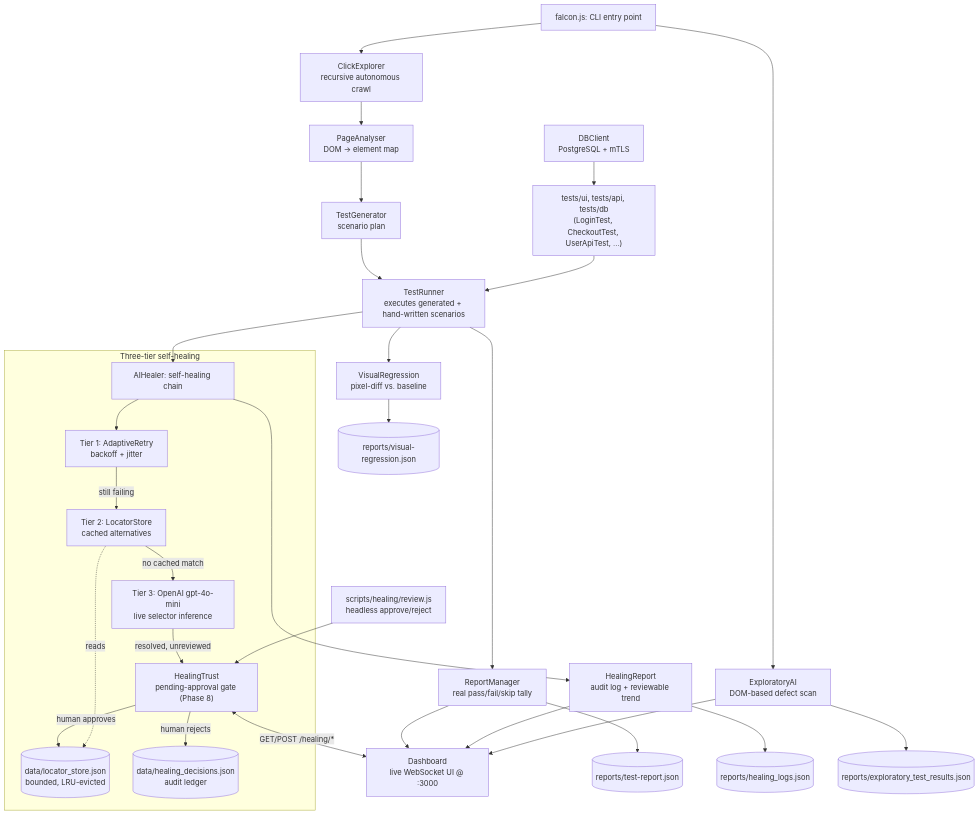
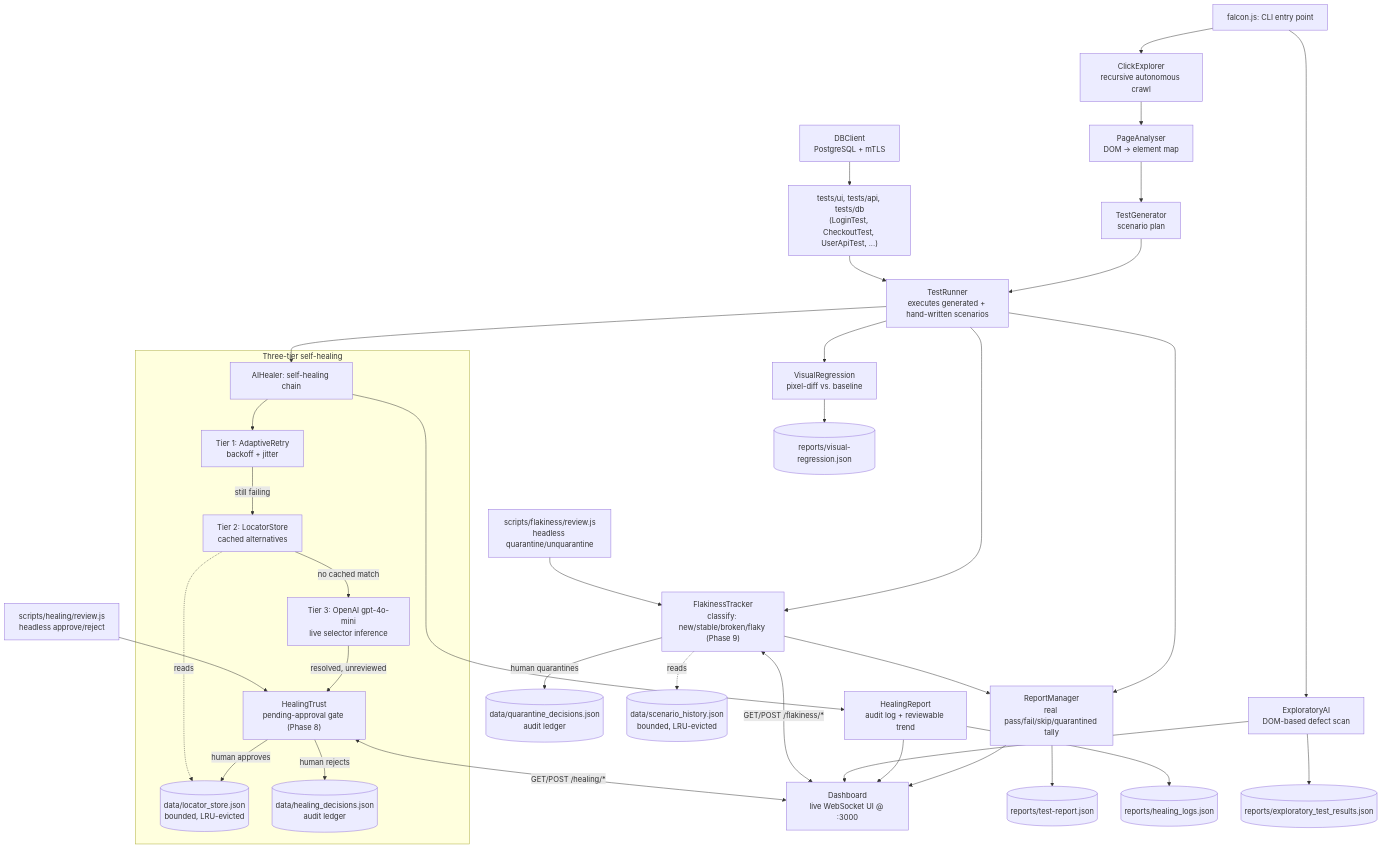
Before and after one commit to eddieir/Falcon-Automation: the diagram in README.md, drawn with Mermaid. The commit also changed other lines of this file and 17 other files, not shown here.

First line of the commit message:
feat: Phase 9 — flaky-test detection and quarantine

````diff
--- a/README.md
+++ b/README.md
@@ -238,38 +283,45 @@
 ```mermaid
 flowchart TD
     CLI["falcon.js: CLI entry point"] --> Explore["ExploratoryAI\nDOM-based defect scan"]
     CLI --> Crawl["ClickExplorer\nrecursive autonomous crawl"]
     Crawl --> Analyse["PageAnalyser\nDOM → element map"]
     Analyse --> Gen["TestGenerator\nscenario plan"]
     Gen --> Runner["TestRunner\nexecutes generated + hand-written scenarios"]
 
     Suite["tests/ui, tests/api, tests/db\n(LoginTest, CheckoutTest, UserApiTest, ...)"] --> Runner
 
     Runner --> Healer["AIHealer: self-healing chain"]
     subgraph Healing["Three-tier self-healing"]
         Healer --> T1["Tier 1: AdaptiveRetry\nbackoff + jitter"]
         T1 -->|still failing| T2["Tier 2: LocatorStore\ncached alternatives"]
         T2 -->|no cached match| T3["Tier 3: OpenAI gpt-4o-mini\nlive selector inference"]
         T3 -->|resolved, unreviewed| Trust["HealingTrust\npending-approval gate (Phase 8)"]
         Trust -->|human approves| Store[("data/locator_store.json\nbounded, LRU-evicted")]
         Trust -->|human rejects| Decisions[("data/healing_decisions.json\naudit ledger")]
         T2 -.reads.-> Store
     end
 
     Runner --> VR["VisualRegression\npixel-diff vs. baseline"]
-    Runner --> RM["ReportManager\nreal pass/fail/skip tally"]
+    Runner --> RM["ReportManager\nreal pass/fail/skip/quarantined tally"]
     Healer --> HR["HealingReport\naudit log + reviewable trend"]
+
+    Runner --> Flaky["FlakinessTracker\nclassify: new/stable/broken/flaky (Phase 9)"]
+    Flaky -->|human quarantines| QDecisions[("data/quarantine_decisions.json\naudit ledger")]
+    Flaky -.reads.-> ScenarioHistory[("data/scenario_history.json\nbounded, LRU-evicted")]
+    Flaky --> RM
 
     RM --> Dash["Dashboard\nlive WebSocket UI @ :3000"]
     HR --> Dash
     Explore --> Dash
     Trust <-->|GET/POST /healing/*| Dash
+    Flaky <-->|GET/POST /flakiness/*| Dash
     CLIReview["scripts/healing/review.js\nheadless approve/reject"] --> Trust
+    FlakyReview["scripts/flakiness/review.js\nheadless quarantine/unquarantine"] --> Flaky
 
     RM --> ReportsJSON[("reports/test-report.json")]
     HR --> HealLogJSON[("reports/healing_logs.json")]
     VR --> DiffJSON[("reports/visual-regression.json")]
     Explore --> ExploreJSON[("reports/exploratory_test_results.json")]
 
     DB["DBClient\nPostgreSQL + mTLS"] --> Suite
 ```
````
